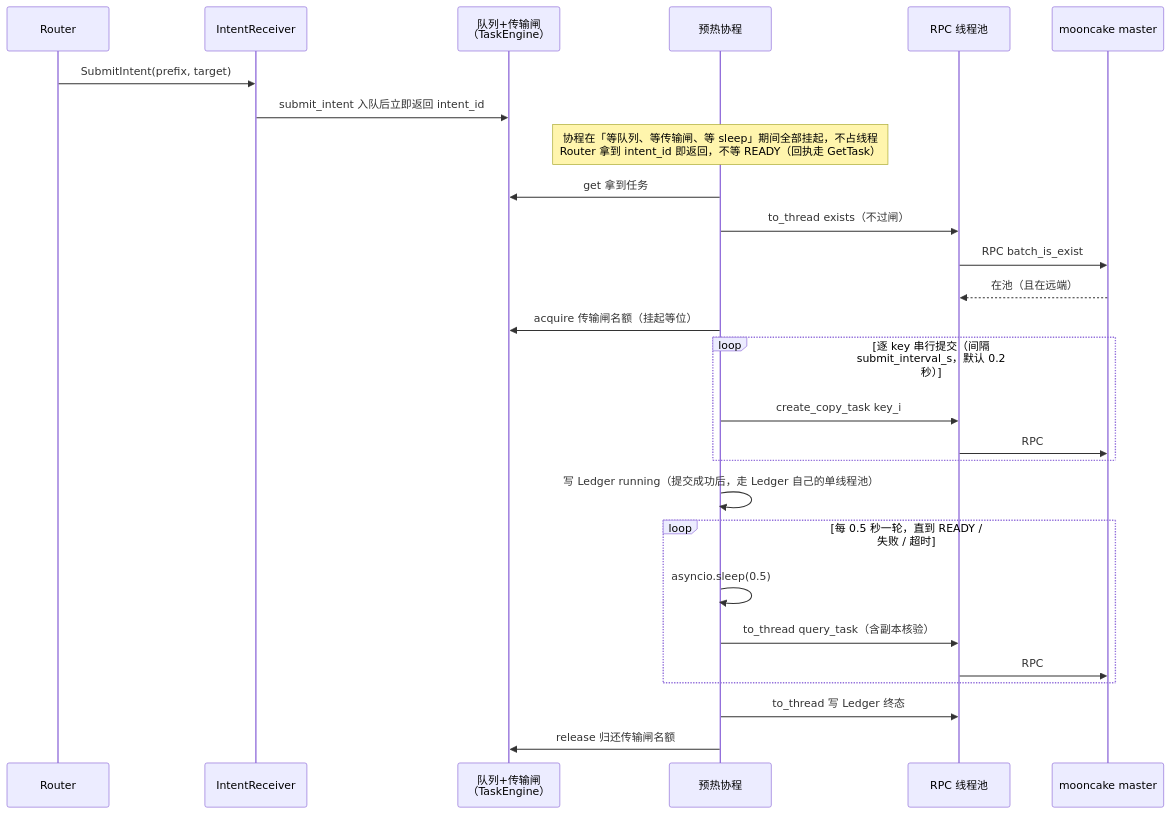
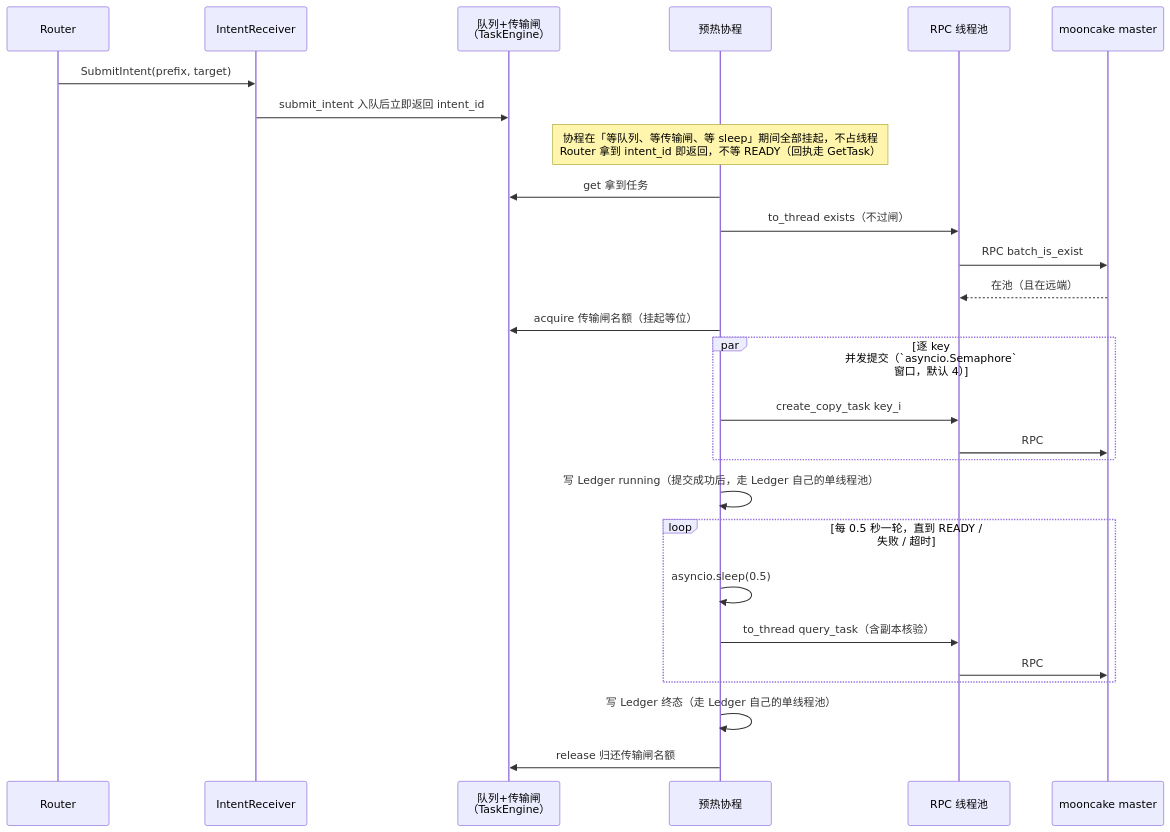
Before and after one commit to 5x8-40/lake: the seventh of 7 diagrams in kvcm/design/code-architecture.md, drawn with Mermaid. The commit also changed other lines of this file and 6 other files, not shown here.

````diff
--- a/kvcm/design/code-architecture.md
+++ b/kvcm/design/code-architecture.md
@@ -441,30 +441,30 @@
 ```mermaid
 sequenceDiagram
     participant R as Router
     participant Recv as IntentReceiver
     participant Q as 队列+传输闸<br/>（TaskEngine）
     participant W as 预热协程
     participant Ex as RPC 线程池
     participant M as mooncake master
 
     R->>Recv: SubmitIntent(prefix, target)
     Recv->>Q: submit_intent 入队后立即返回 intent_id
     Note over W: 协程在「等队列、等传输闸、等 sleep」期间全部挂起，不占线程<br/>Router 拿到 intent_id 即返回，不等 READY（回执走 GetTask）
     W->>Q: get 拿到任务
     W->>Ex: to_thread exists（不过闸）
     Ex->>M: RPC batch_is_exist
     M-->>Ex: 在池（且在远端）
     W->>Q: acquire 传输闸名额（挂起等位）
-    loop 逐 key 串行提交（间隔 submit_interval_s，默认 0.2 秒）
+    par 逐 key 并发提交（`asyncio.Semaphore` 窗口，默认 4）
         W->>Ex: create_copy_task key_i
         Ex->>M: RPC
     end
     W->>W: 写 Ledger running（提交成功后，走 Ledger 自己的单线程池）
     loop 每 0.5 秒一轮，直到 READY / 失败 / 超时
         W->>W: asyncio.sleep(0.5)
         W->>Ex: to_thread query_task（含副本核验）
         Ex->>M: RPC
     end
-    W->>Ex: to_thread 写 Ledger 终态
+    W->>W: 写 Ledger 终态（走 Ledger 自己的单线程池）
     W->>Q: release 归还传输闸名额
 ```
````
